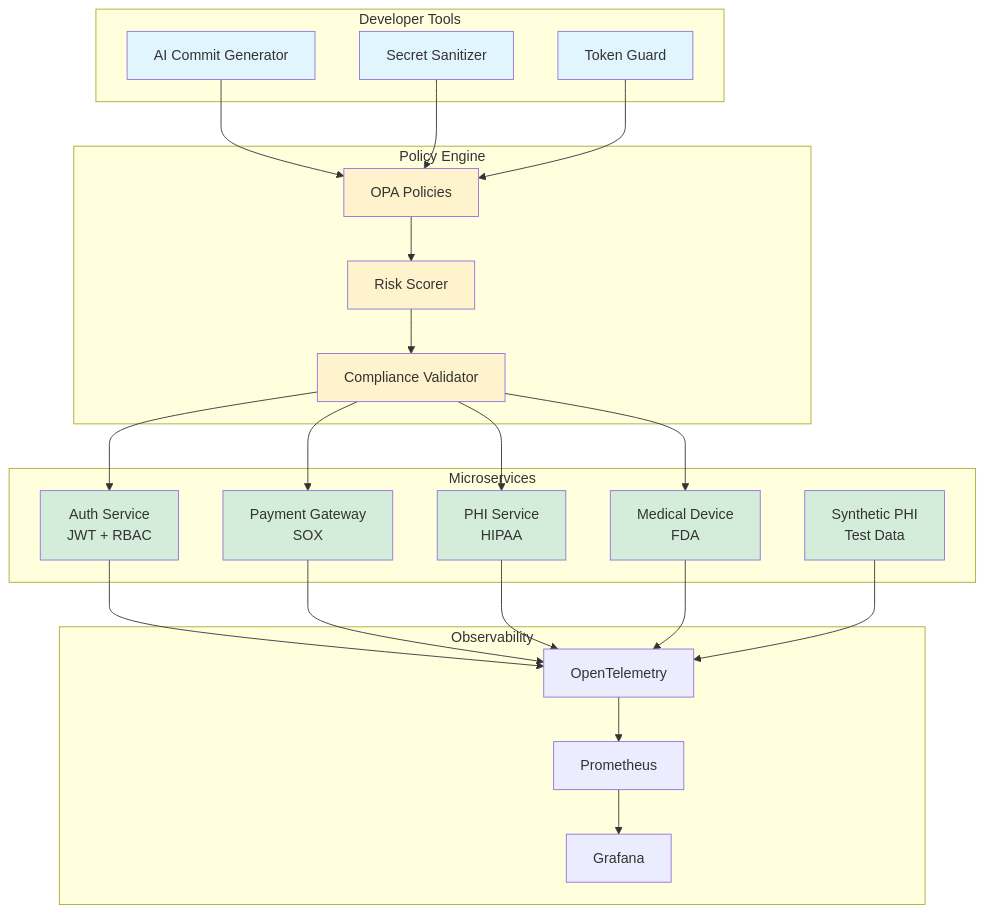
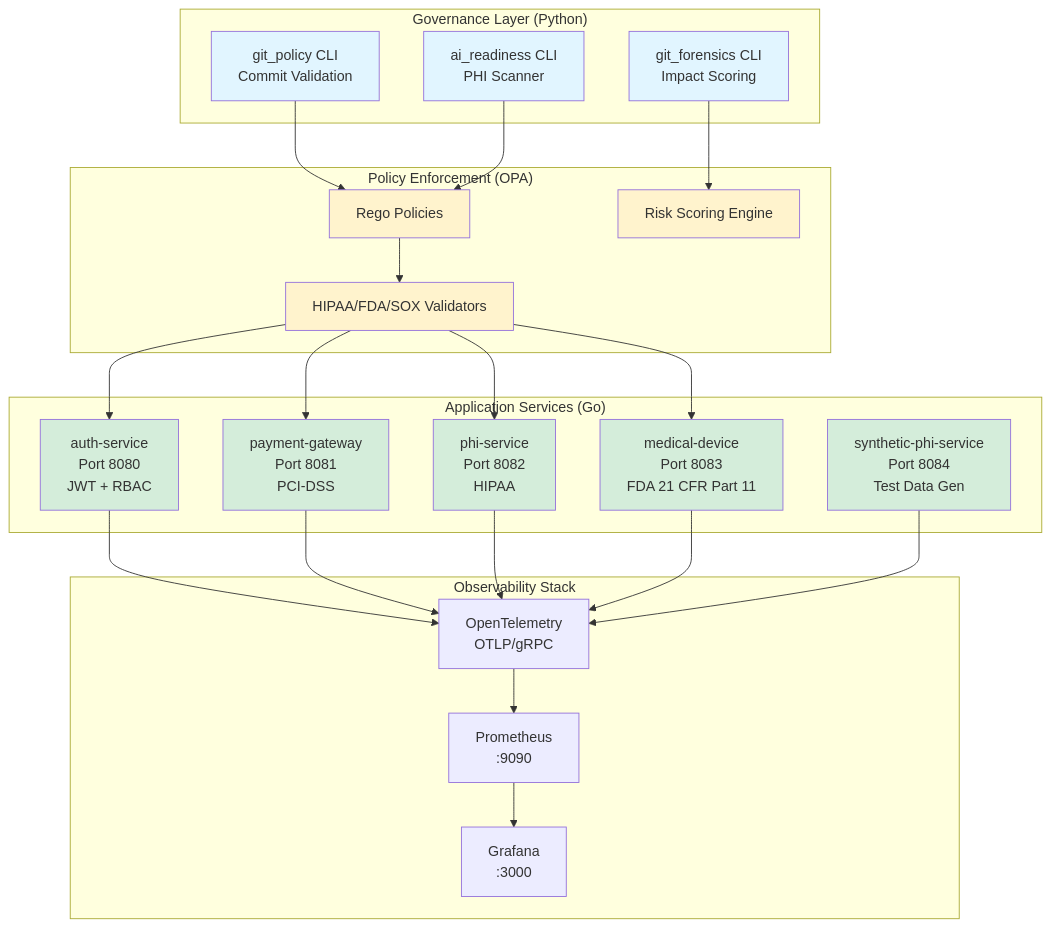
Before and after one commit to Oluseyi-Kofoworola/gitops2-healthcare-intelligence-git-commit: the diagram in docs/README.md, drawn with Mermaid. The commit also changed other lines of this file and 10 other files, not shown here.

````diff
--- a/docs/README.md
+++ b/docs/README.md
@@ -9,57 +9,56 @@
 ```mermaid
 graph TB
-    subgraph "Developer Tools"
-        A[AI Commit Generator]
-        B[Secret Sanitizer]
-        C[Token Guard]
+    subgraph "Governance Layer (Python)"
+        A[git_policy CLI<br/>Commit Validation]
+        B[ai_readiness CLI<br/>PHI Scanner]
+        C[git_forensics CLI<br/>Impact Scoring]
     end
     
-    subgraph "Policy Engine"
-        D[OPA Policies]
-        E[Risk Scorer]
-        F[Compliance Validator]
+    subgraph "Policy Enforcement (OPA)"
+        D[Rego Policies]
+        E[Risk Scoring Engine]
+        F[HIPAA/FDA/SOX Validators]
     end
     
-    subgraph "Microservices"
-        G[Auth Service<br/>JWT + RBAC]
-        H[Payment Gateway<br/>SOX]
-        I[PHI Service<br/>HIPAA]
-        J[Medical Device<br/>FDA]
-        K[Synthetic PHI<br/>Test Data]
+    subgraph "Application Services (Go)"
+        G[auth-service<br/>Port 8080<br/>JWT + RBAC]
+        H[payment-gateway<br/>Port 8081<br/>PCI-DSS]
+        I[phi-service<br/>Port 8082<br/>HIPAA]
+        J[medical-device<br/>Port 8083<br/>FDA 21 CFR Part 11]
+        K[synthetic-phi-service<br/>Port 8084<br/>Test Data Gen]
     end
     
-    subgraph "Observability"
-        L[OpenTelemetry]
-        M[Prometheus]
-        N[Grafana]
+    subgraph "Observability Stack"
+        L[OpenTelemetry<br/>OTLP/gRPC]
+        M[Prometheus<br/>:9090]
+        N[Grafana<br/>:3000]
     end
     
     A --> D
     B --> D
-    C --> D
-    D --> E
-    E --> F
+    C --> E
+    D --> F
     F --> G
     F --> H
     F --> I
     F --> J
     G --> L
     H --> L
     I --> L
     J --> L
     K --> L
     L --> M
     M --> N
     
     style A fill:#e1f5ff
     style B fill:#e1f5ff
     style C fill:#e1f5ff
     style D fill:#fff3cd
     style E fill:#fff3cd
     style F fill:#fff3cd
     style G fill:#d4edda
     style H fill:#d4edda
     style I fill:#d4edda
     style J fill:#d4edda
     style K fill:#d4edda
 ```
````
